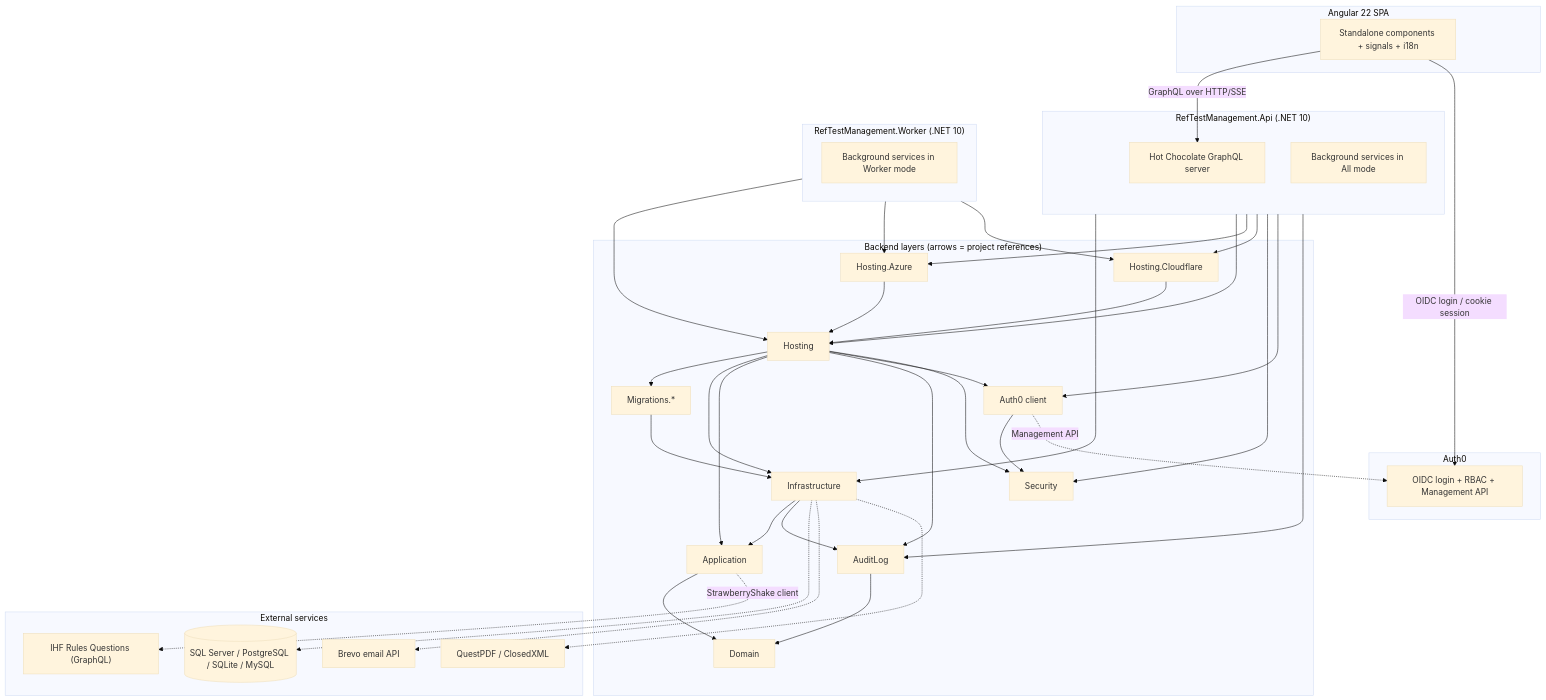
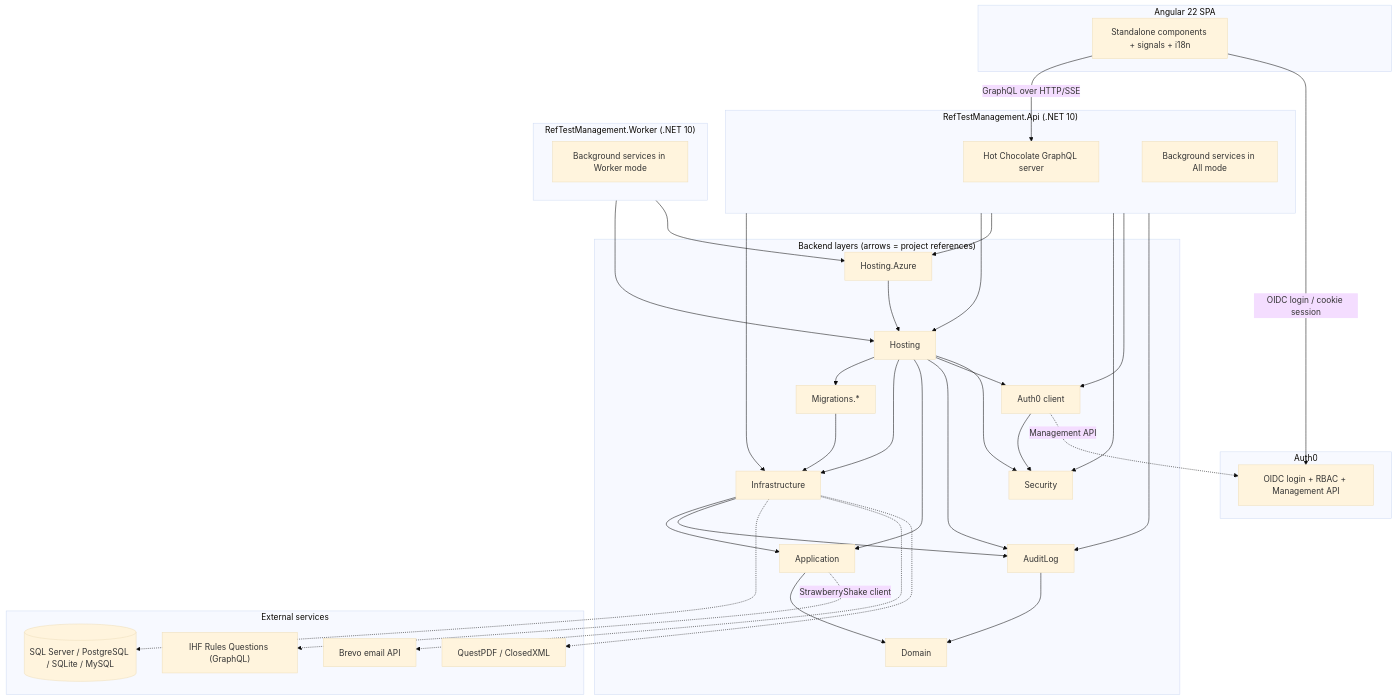
The diagram in README.md (handballbelgium-referees/ref-test-management), drawn with Mermaid (base theme) before and after one commit. The commit also changed other lines of this file and 92 other files, not shown here.

Commit message:
chore(release): remove cloudflare and aca hosting

````diff
--- a/README.md
+++ b/README.md
@@ -142,71 +142,67 @@
 ```mermaid
 flowchart TB
     subgraph Client["Angular 22 SPA"]
         UI["Standalone components + signals + i18n"]
     end
 
     subgraph Auth["Auth0"]
         A0["OIDC login + RBAC + Management API"]
     end
 
     subgraph Api["RefTestManagement.Api (.NET 10)"]
         GQL["Hot Chocolate GraphQL server"]
         BG["Background services in All mode"]
     end
 
     subgraph Worker["RefTestManagement.Worker (.NET 10)"]
         WorkerBG["Background services in Worker mode"]
     end
 
     subgraph Layers["Backend layers (arrows = project references)"]
         Infrastructure["Infrastructure"]
         Hosting["Hosting"]
         AzureHosting["Hosting.Azure"]
-        CloudflareHosting["Hosting.Cloudflare"]
         Application["Application"]
         Domain["Domain"]
         AuditLog["AuditLog"]
         Migrations["Migrations.*"]
         Security["Security"]
         Auth0Proj["Auth0 client"]
     end
 
     subgraph External["External services"]
         DB[("SQL Server / PostgreSQL / SQLite / MySQL")]
         Brevo["Brevo email API"]
         IHF["IHF Rules Questions (GraphQL)"]
         PDF["QuestPDF / ClosedXML"]
     end
 
     UI -->|"GraphQL over HTTP/SSE"| GQL
     UI -->|"OIDC login / cookie session"| A0
     Api --> Infrastructure
     Api --> Hosting
     Worker --> Hosting
     Api --> AzureHosting
     Worker --> AzureHosting
-    Api --> CloudflareHosting
-    Worker --> CloudflareHosting
     AzureHosting --> Hosting
-    CloudflareHosting --> Hosting
     Hosting --> Migrations
     Hosting --> Infrastructure
     Hosting --> Application
     Hosting --> AuditLog
     Hosting --> Auth0Proj
     Hosting --> Security
     Api --> Security
     Api --> Auth0Proj
     Api --> AuditLog
     Migrations --> Infrastructure
     Infrastructure --> Application
     Infrastructure --> AuditLog
     Application --> Domain
     AuditLog --> Domain
     Auth0Proj --> Security
     Application -.->|"StrawberryShake client"| IHF
     Infrastructure -.-> DB
     Infrastructure -.-> Brevo
     Infrastructure -.-> PDF
     Auth0Proj -.->|"Management API"| A0
 ```
````
